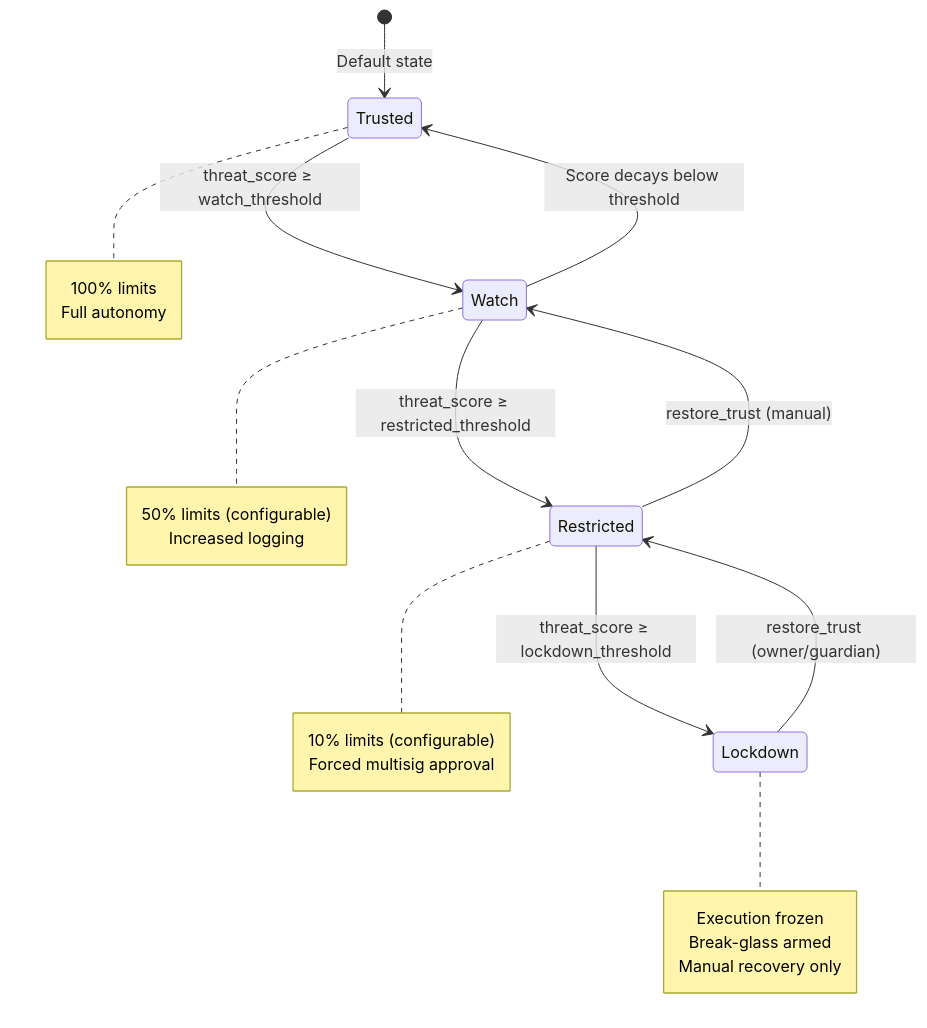
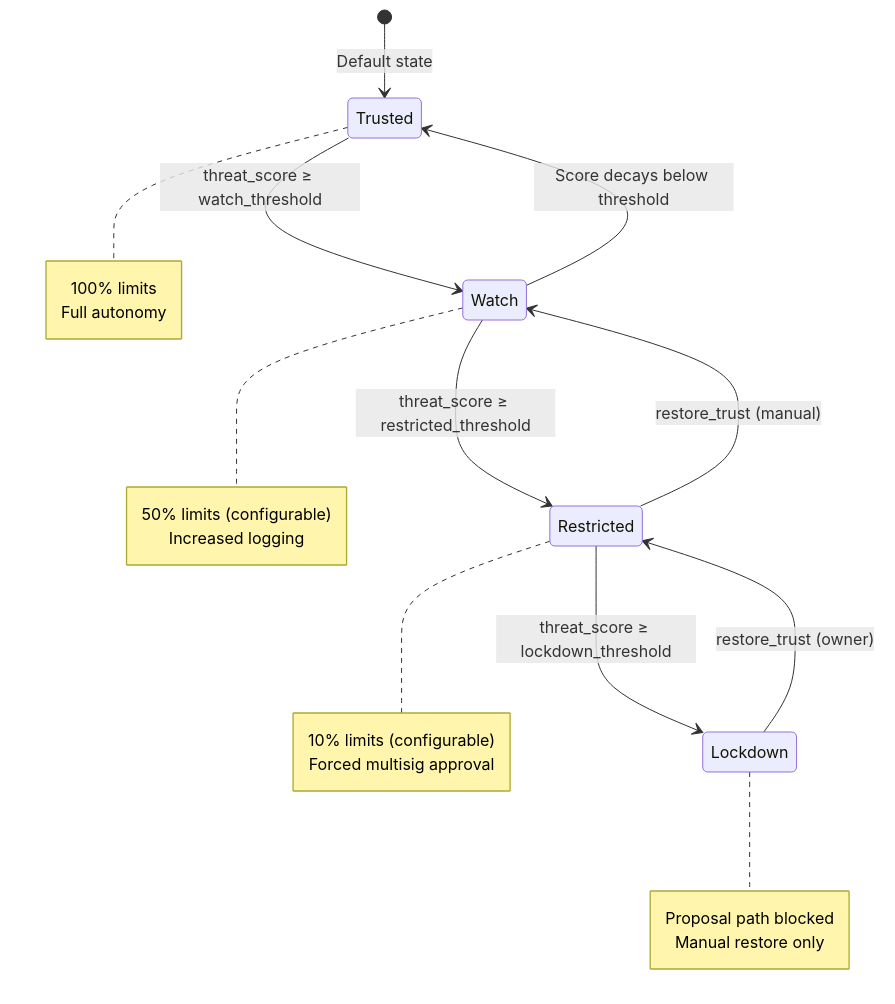
Before and after one commit to exyreams/aura: the diagram in packages/docs/content/program/instructions/trust.mdx, drawn with Mermaid. The commit also changed other lines of this file and 36 other files, not shown here.

````diff
--- a/packages/docs/content/program/instructions/trust.mdx
+++ b/packages/docs/content/program/instructions/trust.mdx
@@ -11,34 +11,33 @@
 ```mermaid
 stateDiagram-v2
     [*] --> Trusted: Default state
     
     Trusted --> Watch: threat_score ≥ watch_threshold
     Watch --> Trusted: Score decays below threshold
     
     Watch --> Restricted: threat_score ≥ restricted_threshold
     Restricted --> Watch: restore_trust (manual)
     
     Restricted --> Lockdown: threat_score ≥ lockdown_threshold
-    Lockdown --> Restricted: restore_trust (owner/guardian)
+    Lockdown --> Restricted: restore_trust (owner)
     
     note right of Trusted
         100% limits
         Full autonomy
     end note
     
     note right of Watch
         50% limits (configurable)
         Increased logging
     end note
     
     note right of Restricted
         10% limits (configurable)
         Forced multisig approval
     end note
     
     note right of Lockdown
-        Execution frozen
-        Break-glass armed
-        Manual recovery only
+        Proposal path blocked
+        Manual restore only
     end note
 ```
````
